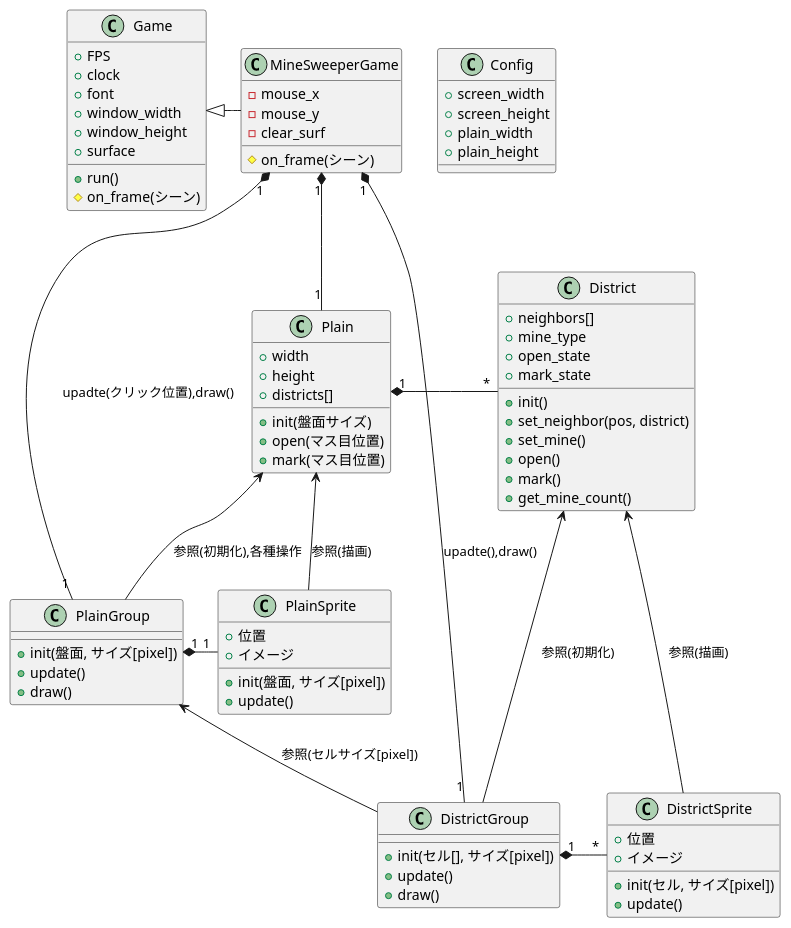
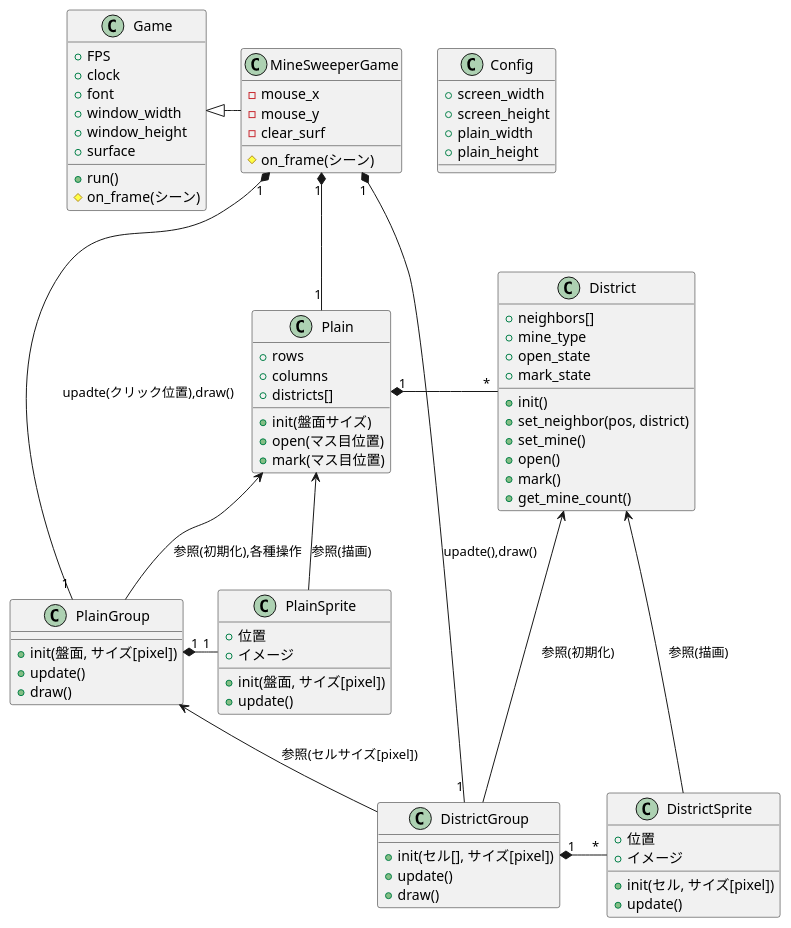
Before and after one commit to ooishiisao/pygame_game: the diagram in mine_sweeper/mine_sweeper.md, drawn with PlantUML. The commit also changed 1 other file, not shown here.

Commit message:
rows, columnsに変更

```diff
--- a/mine_sweeper/mine_sweeper.md
+++ b/mine_sweeper/mine_sweeper.md
@@ -41,8 +41,8 @@
 
 class Plain
 {
-    + width
-    + height
+    + rows
+    + columns
     + districts[]
     + init(盤面サイズ)
     + open(マス目位置)
```
